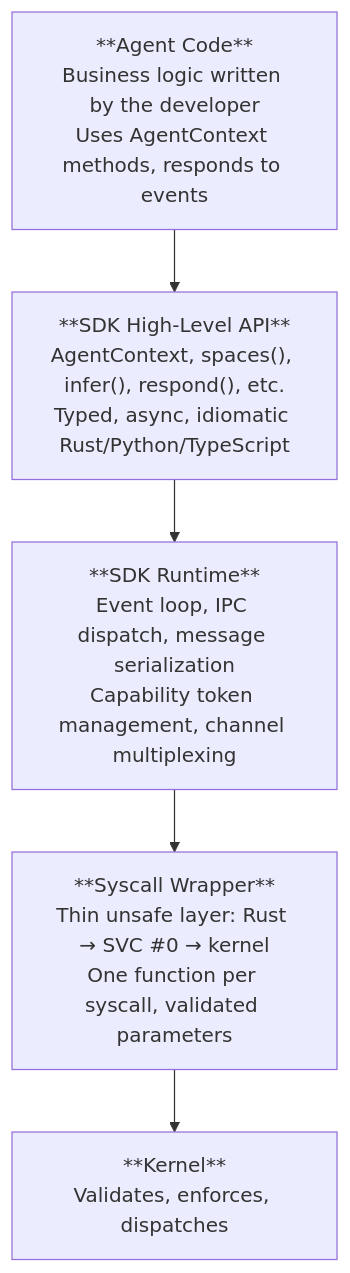
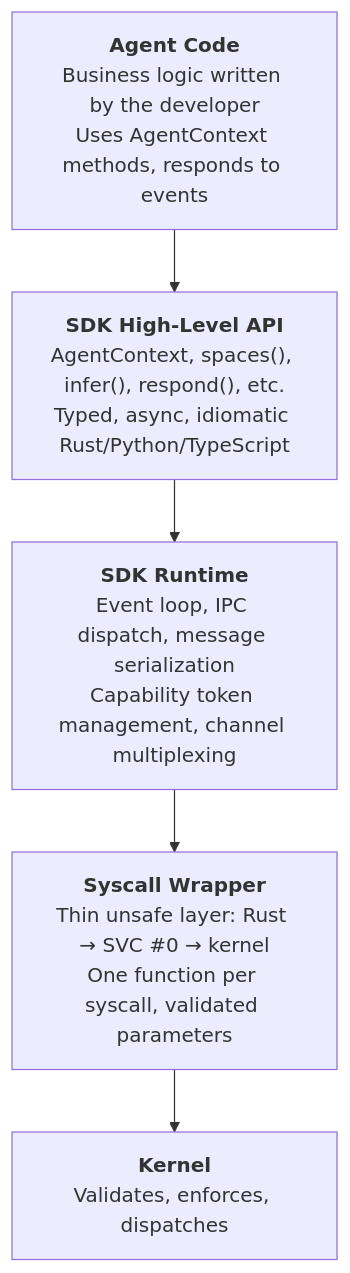
One commit to juslee/aios changed the fifth of 6 diagrams in docs/applications/agents.md. Above: the diagram before and after it, drawn with Mermaid. The commit also changed other lines of this file and 24 other files, not shown here.

First line of the commit message:
Upgrade all 132 Mermaid diagrams to v11 syntax across 25 docs

````diff
--- a/docs/applications/agents.md
+++ b/docs/applications/agents.md
@@ -847,10 +892,19 @@
 ```mermaid
-graph TD
-    AC["**Agent Code**<br/>Business logic written by the developer<br/>Uses AgentContext methods, responds to events"]
-    API["**SDK High-Level API**<br/>AgentContext, spaces(), infer(), respond(), etc.<br/>Typed, async, idiomatic Rust/Python/TypeScript"]
-    RT["**SDK Runtime**<br/>Event loop, IPC dispatch, message serialization<br/>Capability token management, channel multiplexing"]
-    SC["**Syscall Wrapper**<br/>Thin unsafe layer: Rust → SVC #0 → kernel<br/>One function per syscall, validated parameters"]
-    K["**Kernel**<br/>Validates, enforces, dispatches"]
+flowchart TD
+    AC["`**Agent Code**
+Business logic written by the developer
+Uses AgentContext methods, responds to events`"]
+    API["`**SDK High-Level API**
+AgentContext, spaces(), infer(), respond(), etc.
+Typed, async, idiomatic Rust/Python/TypeScript`"]
+    RT["`**SDK Runtime**
+Event loop, IPC dispatch, message serialization
+Capability token management, channel multiplexing`"]
+    SC["`**Syscall Wrapper**
+Thin unsafe layer: Rust → SVC #0 → kernel
+One function per syscall, validated parameters`"]
+    K["`**Kernel**
+Validates, enforces, dispatches`"]
 
     AC --> API --> RT --> SC --> K
 ```
````
